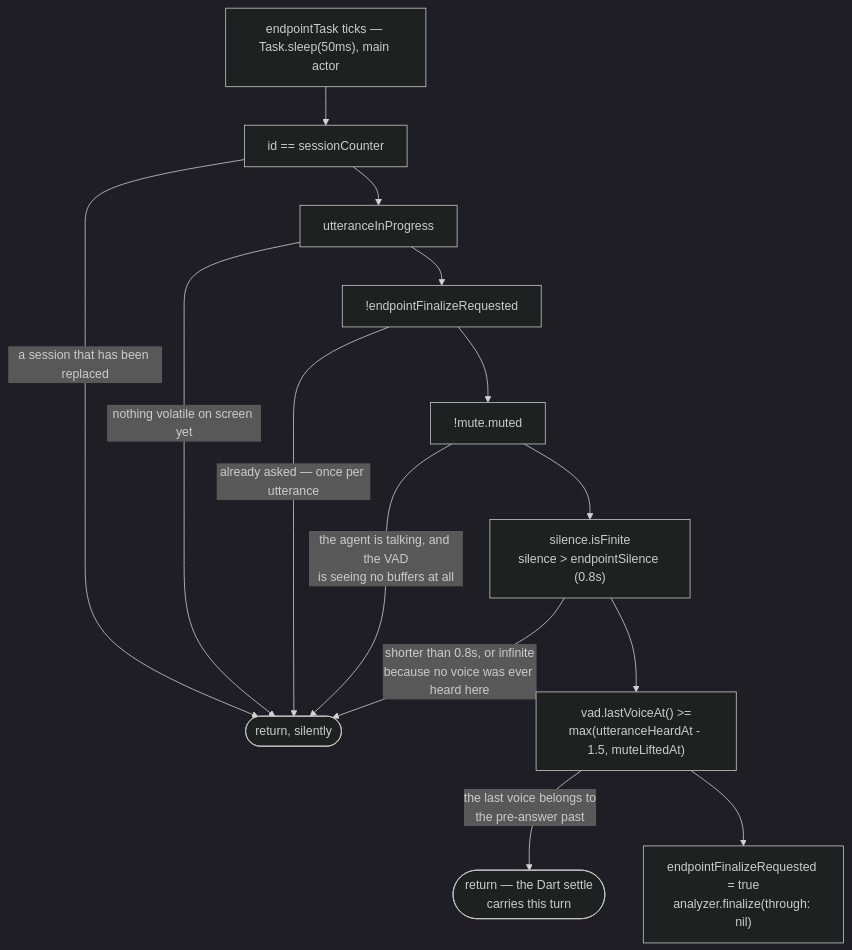
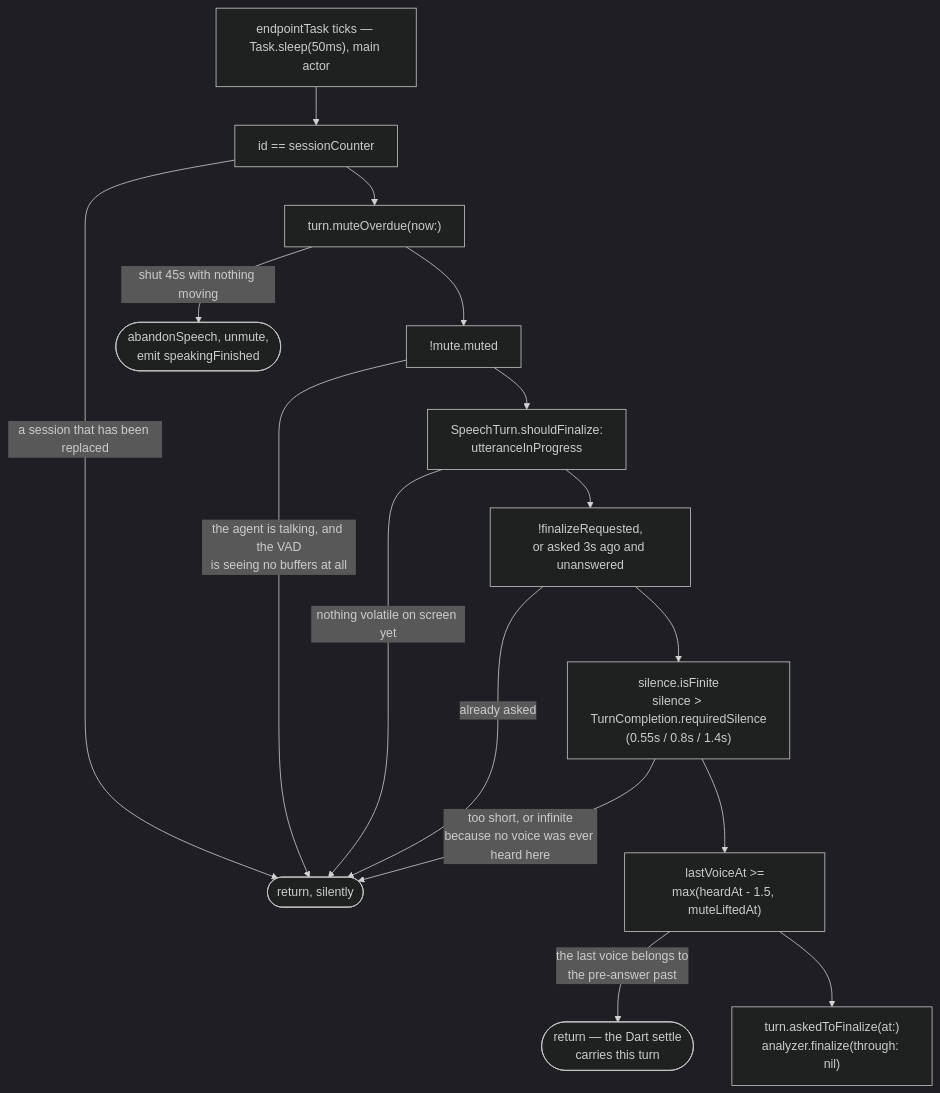
The second of 3 diagrams in docs/features/voice.md (chyiiiiiiiiiiii/lulo), drawn with Mermaid (dark theme) before and after one commit. The commit also changed other lines of this file and 10 other files, not shown here.

````diff
--- a/docs/features/voice.md
+++ b/docs/features/voice.md
@@ -466,16 +518,18 @@
 ```mermaid
 flowchart TD
     tick["endpointTask ticks — Task.sleep(50ms), main actor"] --> g1["id == sessionCounter"]
     g1 -->|"a session that has been replaced"| out(["return, silently"])
-    g1 --> g2["utteranceInProgress"]
+    g1 --> g0["turn.muteOverdue(now:)"]
+    g0 -->|"shut 45s with nothing moving"| reopen(["abandonSpeech, unmute,<br/>emit speakingFinished"])
+    g0 --> g4["!mute.muted"]
+    g4 -->|"the agent is talking, and the VAD<br/>is seeing no buffers at all"| out
+    g4 --> g2["SpeechTurn.shouldFinalize:<br/>utteranceInProgress"]
     g2 -->|"nothing volatile on screen yet"| out
-    g2 --> g3["!endpointFinalizeRequested"]
-    g3 -->|"already asked — once per utterance"| out
-    g3 --> g4["!mute.muted"]
-    g4 -->|"the agent is talking, and the VAD<br/>is seeing no buffers at all"| out
-    g4 --> sil["silence.isFinite<br/>silence > endpointSilence (0.8s)"]
-    sil -->|"shorter than 0.8s, or infinite<br/>because no voice was ever heard here"| out
-    sil --> clocks["vad.lastVoiceAt() >=<br/>max(utteranceHeardAt - 1.5, muteLiftedAt)"]
+    g2 --> g3["!finalizeRequested,<br/>or asked 3s ago and unanswered"]
+    g3 -->|"already asked"| out
+    g3 --> sil["silence.isFinite<br/>silence > TurnCompletion.requiredSilence<br/>(0.55s / 0.8s / 1.4s)"]
+    sil -->|"too short, or infinite<br/>because no voice was ever heard here"| out
+    sil --> clocks["lastVoiceAt >=<br/>max(heardAt - 1.5, muteLiftedAt)"]
     clocks -->|"the last voice belongs to<br/>the pre-answer past"| decline(["return — the Dart settle<br/>carries this turn"])
-    clocks --> fire["endpointFinalizeRequested = true<br/>analyzer.finalize(through: nil)"]
+    clocks --> fire["turn.askedToFinalize(at:)<br/>analyzer.finalize(through: nil)"]
 ```
````
